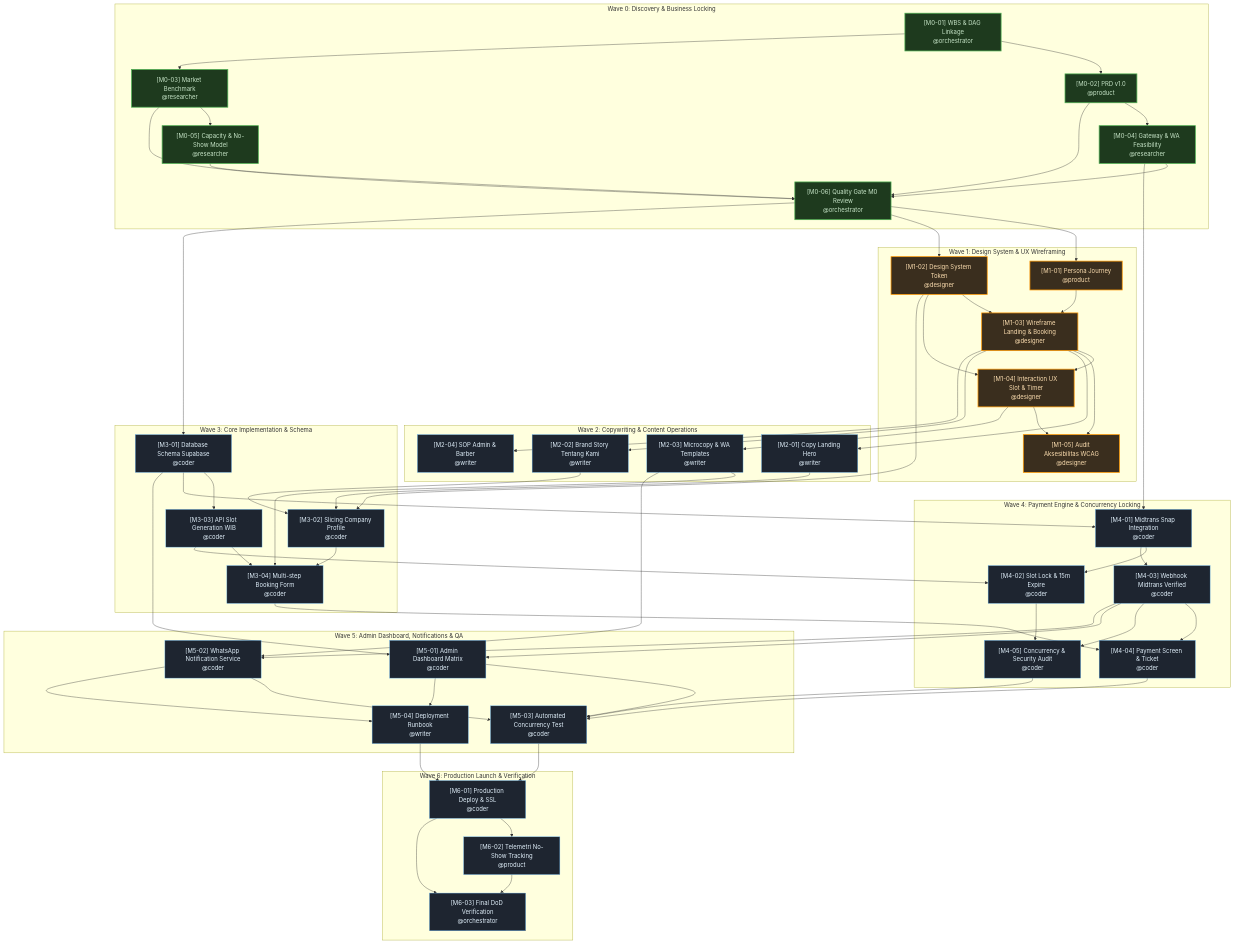
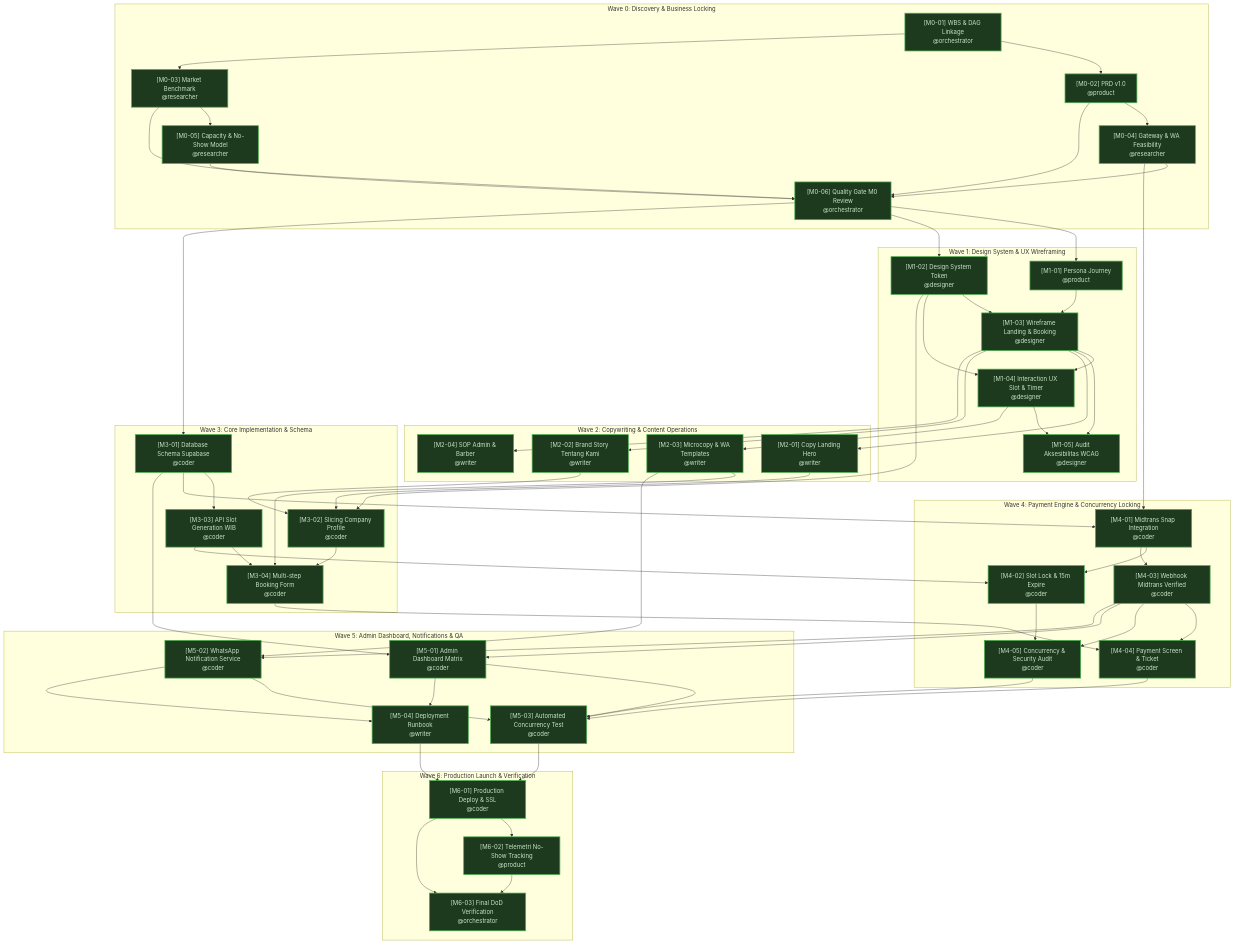
The diagram in KANBAN.md (firasezraa/damez-barbershop), drawn with Mermaid before and after one commit. The commit also changed other lines of this file and 1 other file, not shown here.

Commit message:
docs(audit): complete final Definition of Done (DoD) verification report and production sign-off

````diff
--- a/KANBAN.md
+++ b/KANBAN.md
@@ -135,61 +135,59 @@
 ```mermaid
 graph TD
     subgraph Wave 0 [Wave 0: Discovery & Business Locking]
         M0_01["[M0-01] WBS & DAG Linkage<br/>@orchestrator"] --> M0_02["[M0-02] PRD v1.0<br/>@product"]
         M0_01 --> M0_03["[M0-03] Market Benchmark<br/>@researcher"]
         M0_02 --> M0_04["[M0-04] Gateway & WA Feasibility<br/>@researcher"]
         M0_03 --> M0_05["[M0-05] Capacity & No-Show Model<br/>@researcher"]
         M0_02 & M0_03 & M0_04 & M0_05 --> M0_06["[M0-06] Quality Gate M0 Review<br/>@orchestrator"]
     end
 
     subgraph Wave 1 [Wave 1: Design System & UX Wireframing]
         M0_06 --> M1_01["[M1-01] Persona Journey<br/>@product"]
         M0_06 --> M1_02["[M1-02] Design System Token<br/>@designer"]
         M1_01 & M1_02 --> M1_03["[M1-03] Wireframe Landing & Booking<br/>@designer"]
         M1_02 & M1_03 --> M1_04["[M1-04] Interaction UX Slot & Timer<br/>@designer"]
         M1_03 & M1_04 --> M1_05["[M1-05] Audit Aksesibilitas WCAG<br/>@designer"]
     end
 
     subgraph Wave 2 [Wave 2: Copywriting & Content Operations]
         M1_03 --> M2_01["[M2-01] Copy Landing Hero<br/>@writer"]
         M1_03 --> M2_02["[M2-02] Brand Story Tentang Kami<br/>@writer"]
         M1_04 --> M2_03["[M2-03] Microcopy & WA Templates<br/>@writer"]
         M1_03 --> M2_04["[M2-04] SOP Admin & Barber<br/>@writer"]
     end
 
     subgraph Wave 3 [Wave 3: Core Implementation & Schema]
         M0_06 --> M3_01["[M3-01] Database Schema Supabase<br/>@coder"]
         M1_02 & M2_01 & M2_02 --> M3_02["[M3-02] Slicing Company Profile<br/>@coder"]
         M3_01 --> M3_03["[M3-03] API Slot Generation WIB<br/>@coder"]
         M3_02 & M3_03 & M2_03 --> M3_04["[M3-04] Multi-step Booking Form<br/>@coder"]
     end
 
     subgraph Wave 4 [Wave 4: Payment Engine & Concurrency Locking]
         M3_01 & M0_04 --> M4_01["[M4-01] Midtrans Snap Integration<br/>@coder"]
         M3_03 & M4_01 --> M4_02["[M4-02] Slot Lock & 15m Expire<br/>@coder"]
         M4_01 --> M4_03["[M4-03] Webhook Midtrans Verified<br/>@coder"]
         M3_04 & M4_03 --> M4_04["[M4-04] Payment Screen & Ticket<br/>@coder"]
         M4_02 & M4_03 --> M4_05["[M4-05] Concurrency & Security Audit<br/>@coder"]
     end
 
     subgraph Wave 5 [Wave 5: Admin Dashboard, Notifications & QA]
         M3_01 & M4_03 --> M5_01["[M5-01] Admin Dashboard Matrix<br/>@coder"]
         M4_03 & M2_03 --> M5_02["[M5-02] WhatsApp Notification Service<br/>@coder"]
         M4_04 & M4_05 & M5_01 & M5_02 --> M5_03["[M5-03] Automated Concurrency Test<br/>@coder"]
         M5_01 & M5_02 --> M5_04["[M5-04] Deployment Runbook<br/>@writer"]
     end
 
     subgraph Wave 6 [Wave 6: Production Launch & Verification]
         M5_03 & M5_04 --> M6_01["[M6-01] Production Deploy & SSL<br/>@coder"]
         M6_01 --> M6_02["[M6-02] Telemetri No-Show Tracking<br/>@product"]
         M6_01 & M6_02 --> M6_03["[M6-03] Final DoD Verification<br/>@orchestrator"]
     end
 
     classDef doneStyle fill:#1e3a1e,stroke:#4caf50,stroke-width:2px,color:#c8e6c9;
     classDef readyStyle fill:#3a2e1e,stroke:#ff9800,stroke-width:2px,color:#ffe0b2;
     classDef backlogStyle fill:#1e2530,stroke:#64b5f6,stroke-width:1px,color:#e3f2fd;
 
-    class M0_01,M0_02,M0_03,M0_04,M0_05,M0_06 doneStyle;
-    class M1_01,M1_02,M1_03,M1_04,M1_05 readyStyle;
-    class M2_01,M2_02,M2_03,M2_04,M3_01,M3_02,M3_03,M3_04,M4_01,M4_02,M4_03,M4_04,M4_05,M5_01,M5_02,M5_03,M5_04,M6_01,M6_02,M6_03 backlogStyle;
+    class M0_01,M0_02,M0_03,M0_04,M0_05,M0_06,M1_01,M1_02,M1_03,M1_04,M1_05,M2_01,M2_02,M2_03,M2_04,M3_01,M3_02,M3_03,M3_04,M4_01,M4_02,M4_03,M4_04,M4_05,M5_01,M5_02,M5_03,M5_04,M6_01,M6_02,M6_03 doneStyle;
 ```
````
